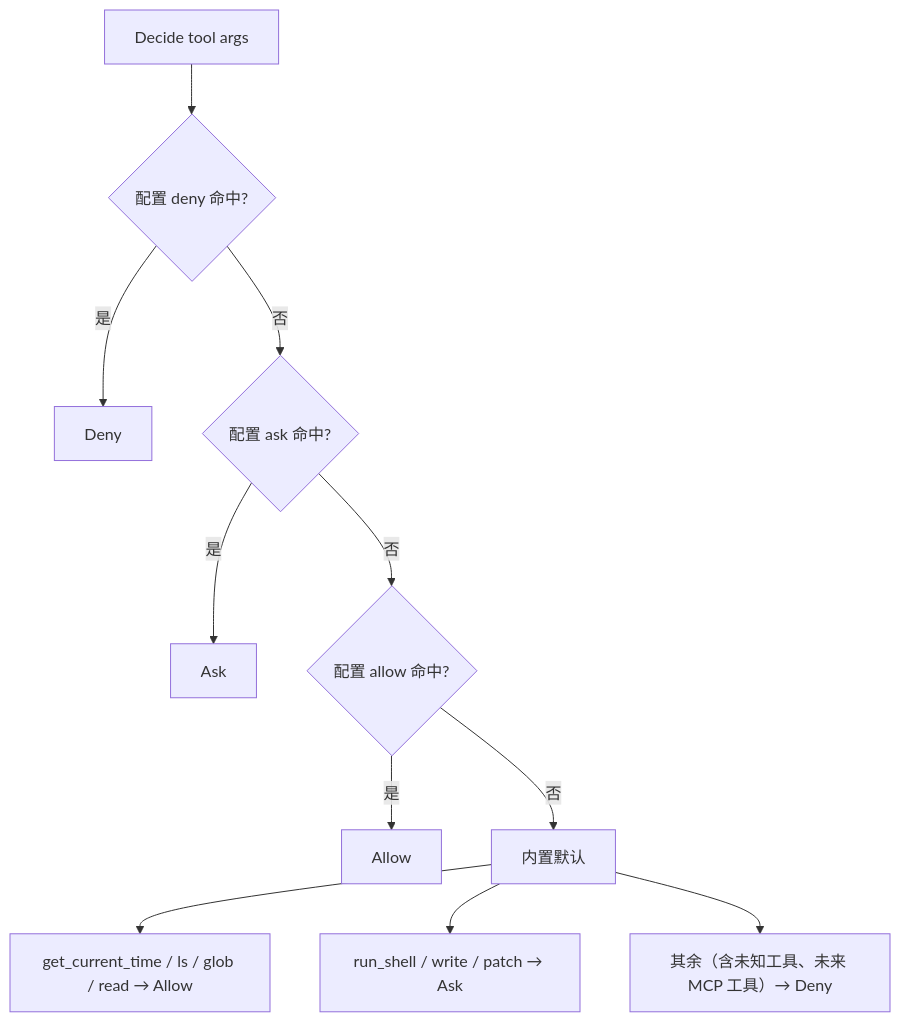
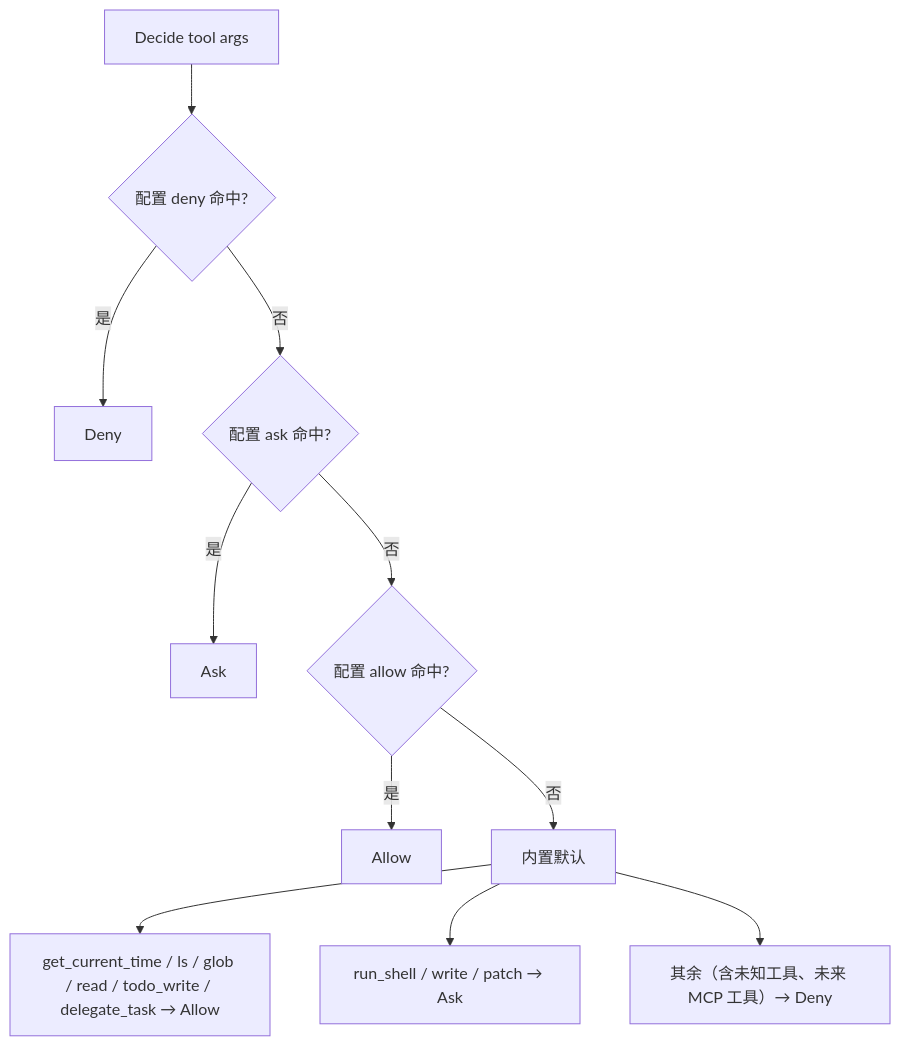
One commit to xgk1906806hjy/Hi-Agent changed the diagram in docs/permission/功能逻辑.md. Above: the diagram before and after it, drawn with Mermaid. The commit also changed 43 other files, not shown here.

````diff
--- a/docs/permission/功能逻辑.md
+++ b/docs/permission/功能逻辑.md
@@ -31,13 +31,13 @@
 ```mermaid
 flowchart TD
   A[Decide tool args] --> B{配置 deny 命中?}
   B -->|是| D[Deny]
   B -->|否| C{配置 ask 命中?}
   C -->|是| K[Ask]
   C -->|否| E{配置 allow 命中?}
   E -->|是| L[Allow]
   E -->|否| F[内置默认]
-  F --> G["get_current_time / ls / glob / read → Allow"]
+  F --> G["get_current_time / ls / glob / read / todo_write / delegate_task → Allow"]
   F --> H["run_shell / write / patch → Ask"]
   F --> I["其余（含未知工具、未来 MCP 工具）→ Deny"]
 ```
````
